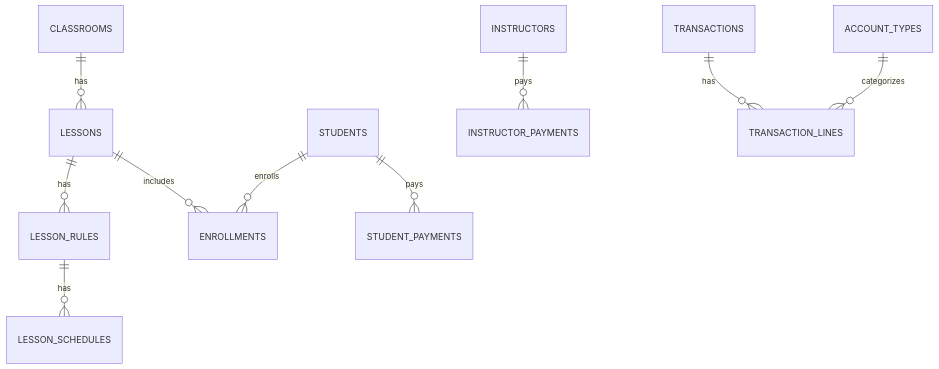
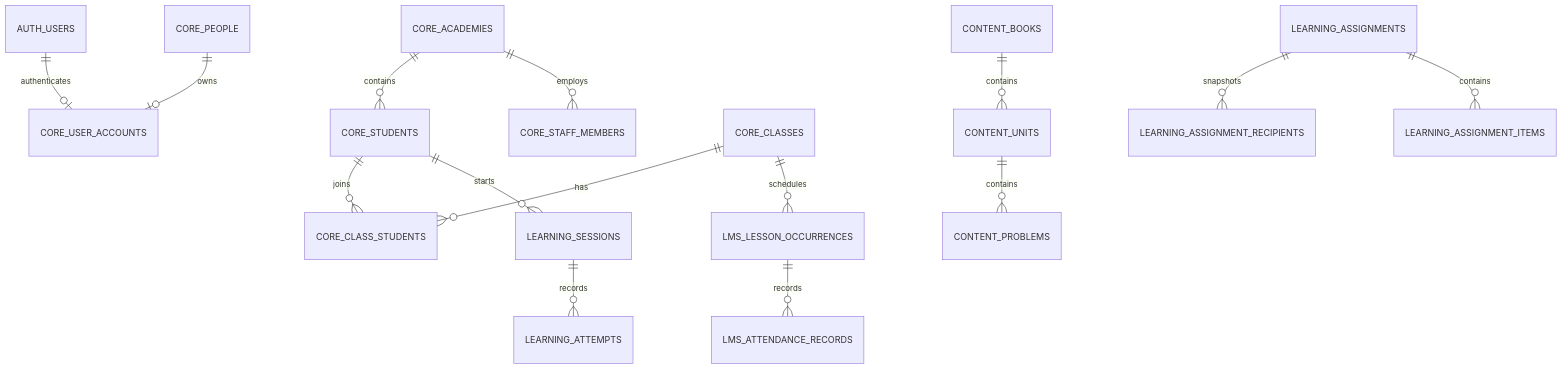
One commit to jungjiyong1/nextum-lms changed the diagram in DATABASE_SCHEMA.md. Above: the diagram before and after it, drawn with Mermaid. The commit also changed other lines of this file and 185 other files, not shown here.

````diff
--- a/DATABASE_SCHEMA.md
+++ b/DATABASE_SCHEMA.md
@@ -141,12 +125,17 @@
 ```mermaid
 erDiagram
-  CLASSROOMS ||--o{ LESSONS : has
-  LESSONS ||--o{ LESSON_RULES : has
-  LESSON_RULES ||--o{ LESSON_SCHEDULES : has
-  STUDENTS ||--o{ ENROLLMENTS : enrolls
-  LESSONS ||--o{ ENROLLMENTS : includes
-  STUDENTS ||--o{ STUDENT_PAYMENTS : pays
-  INSTRUCTORS ||--o{ INSTRUCTOR_PAYMENTS : pays
-  TRANSACTIONS ||--o{ TRANSACTION_LINES : has
-  ACCOUNT_TYPES ||--o{ TRANSACTION_LINES : categorizes
+  AUTH_USERS ||--o| CORE_USER_ACCOUNTS : authenticates
+  CORE_PEOPLE ||--o| CORE_USER_ACCOUNTS : owns
+  CORE_ACADEMIES ||--o{ CORE_STUDENTS : contains
+  CORE_ACADEMIES ||--o{ CORE_STAFF_MEMBERS : employs
+  CORE_CLASSES ||--o{ CORE_CLASS_STUDENTS : has
+  CORE_STUDENTS ||--o{ CORE_CLASS_STUDENTS : joins
+  CONTENT_BOOKS ||--o{ CONTENT_UNITS : contains
+  CONTENT_UNITS ||--o{ CONTENT_PROBLEMS : contains
+  LEARNING_ASSIGNMENTS ||--o{ LEARNING_ASSIGNMENT_RECIPIENTS : snapshots
+  LEARNING_ASSIGNMENTS ||--o{ LEARNING_ASSIGNMENT_ITEMS : contains
+  CORE_STUDENTS ||--o{ LEARNING_SESSIONS : starts
+  LEARNING_SESSIONS ||--o{ LEARNING_ATTEMPTS : records
+  CORE_CLASSES ||--o{ LMS_LESSON_OCCURRENCES : schedules
+  LMS_LESSON_OCCURRENCES ||--o{ LMS_ATTENDANCE_RECORDS : records
 ```
````
